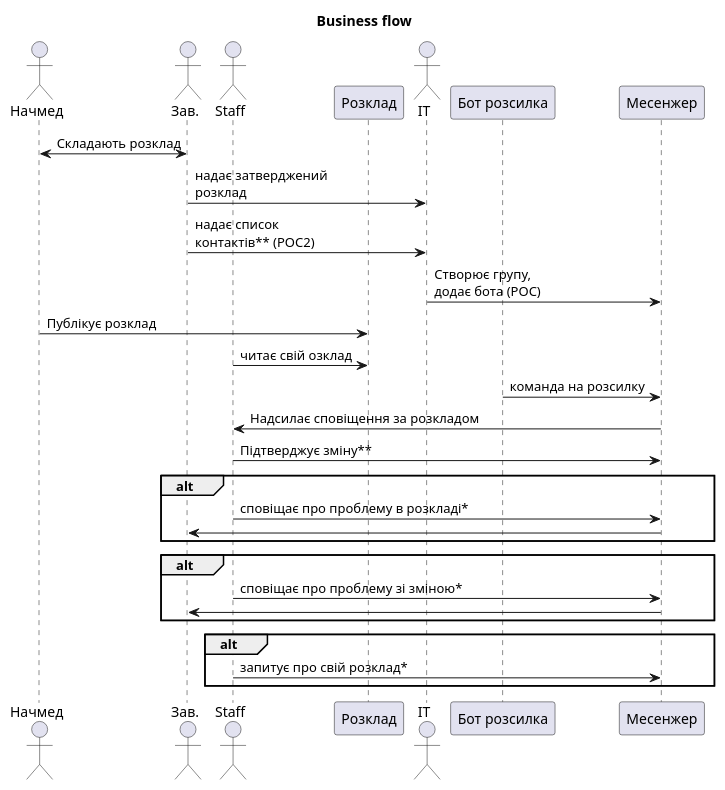
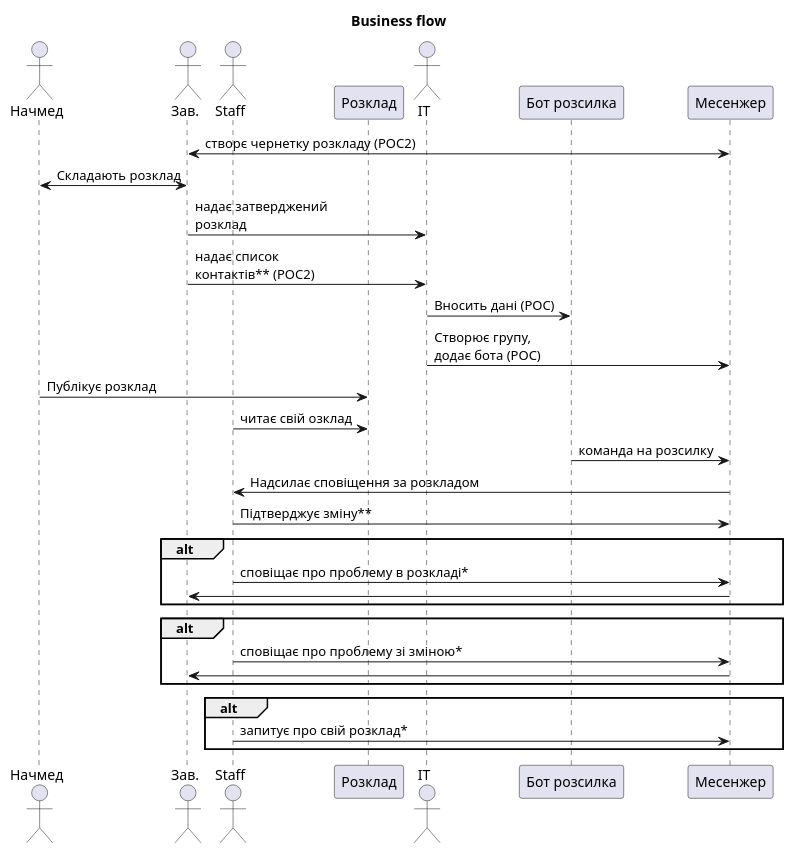
One commit to devitbotcom/Shedule_bot changed the diagram in Backlog/shifts_notification_businessflow.puml. Above: the diagram before and after it, drawn with PlantUML. The commit also changed 5 other files, not shown here.

```diff
--- a/Backlog/shifts_notification_businessflow.puml
+++ b/Backlog/shifts_notification_businessflow.puml
@@ -1,41 +1,43 @@
 @startuml
 ' duty-shift.puml
 title Business flow
 
 actor "Начмед" as CMO
 actor "Зав." as Head
 actor "Staff" as Staff
 participant "Розклад" as Source
 actor "IT" as IT
 participant "Бот розсилка" as Bot
 participant "Месенжер" as Messenger
 
+Head <-> Messenger : створє чернетку розкладу (POC2)
 CMO <-> Head : Складають розклад
 Head -> IT : надає затверджений \nрозклад
 Head -> IT : надає список \nконтактів** (POC2)
+IT -> Bot : Вносить дані (POC)
 IT -> Messenger : Створює групу, \nдодає бота (POC)
 CMO -> Source : Публікує розклад
 
 
 
 Staff -> Source : читає свій озклад
 
 Bot -> Messenger : команда на розсилку
 Messenger -> Staff : Надсилає сповіщення за розкладом
 Staff -> Messenger : Підтверджує зміну**
 alt
 Staff -> Messenger : сповіщає про проблему в розкладі*
 Messenger -> Head
 end
 alt
 Staff -> Messenger : сповіщає про проблему зі зміною*
 Messenger -> Head
 end
 alt
 Staff -> Messenger : запитує про свій розклад*
 end
 
 
 
 
 @enduml
```
